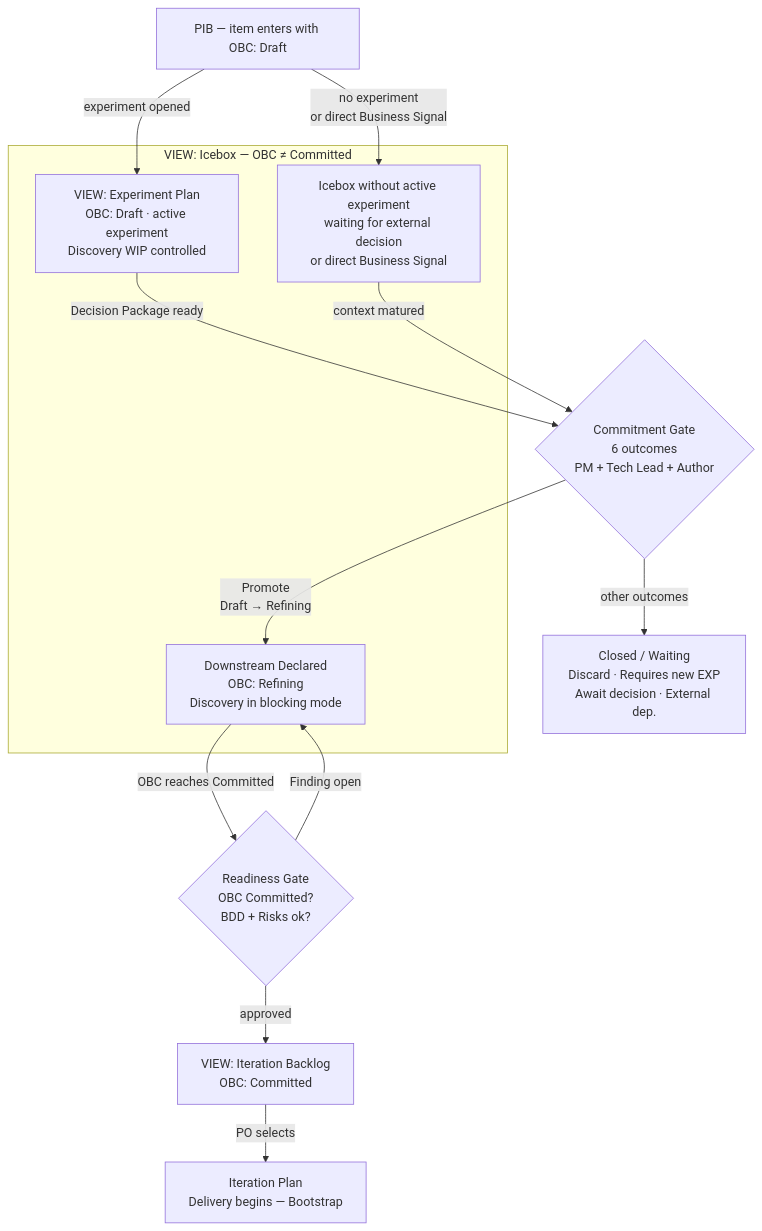
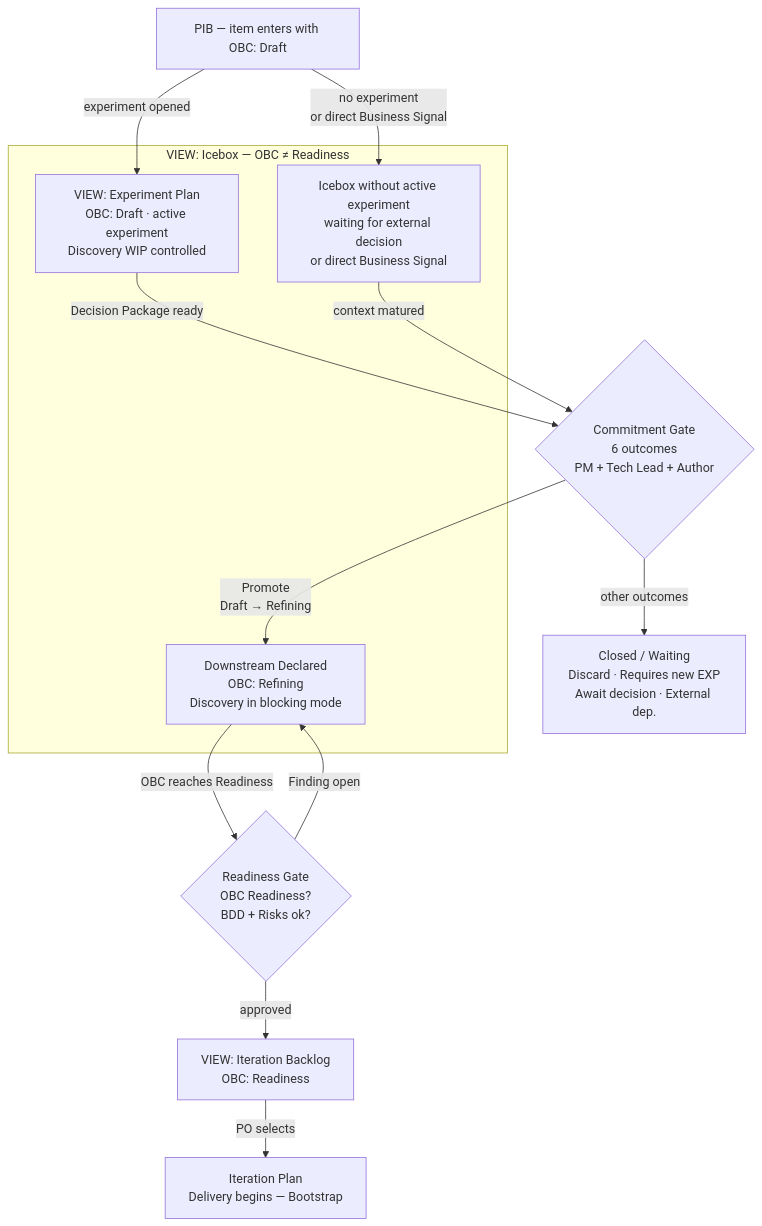
The third of 3 diagrams in en/chapter-05.md (produtoreativo/from-intent-to-outcome), drawn with Mermaid before and after one commit. The commit also changed other lines of this file and 12 other files, not shown here.

First line of the commit message:
refactor: renomeia estado OBC Committed → Readiness em PT e EN

````diff
--- a/en/chapter-05.md
+++ b/en/chapter-05.md
@@ -150,31 +150,31 @@
 ```mermaid
 flowchart TD
     PIB["PIB — item enters with OBC: Draft"]
 
-    subgraph ICE["VIEW: Icebox  —  OBC ≠ Committed"]
+    subgraph ICE["VIEW: Icebox  —  OBC ≠ Readiness"]
         PE["VIEW: Experiment Plan\nOBC: Draft · active experiment\nDiscovery WIP controlled"]
         WAIT["Icebox without active experiment\nwaiting for external decision\nor direct Business Signal"]
         DS["Downstream Declared\nOBC: Refining\nDiscovery in blocking mode"]
     end
 
     CG{"Commitment Gate\n6 outcomes\nPM + Tech Lead + Author"}
-    RG{"Readiness Gate\nOBC Committed?\nBDD + Risks ok?"}
-    ITB["VIEW: Iteration Backlog\nOBC: Committed"]
+    RG{"Readiness Gate\nOBC Readiness?\nBDD + Risks ok?"}
+    ITB["VIEW: Iteration Backlog\nOBC: Readiness"]
     IP["Iteration Plan\nDelivery begins — Bootstrap"]
     OUT["Closed / Waiting\nDiscard · Requires new EXP\nAwait decision · External dep."]
 
     PIB -->|"experiment opened"| PE
     PIB -->|"no experiment\nor direct Business Signal"| WAIT
 
     PE -->|"Decision Package ready"| CG
     WAIT -->|"context matured"| CG
 
     CG -->|"Promote\nDraft → Refining"| DS
     CG -->|"other outcomes"| OUT
 
-    DS -->|"OBC reaches Committed"| RG
+    DS -->|"OBC reaches Readiness"| RG
     RG -->|"approved"| ITB
     RG -->|"Finding open"| DS
 
     ITB -->|"PO selects"| IP
 ```
````
